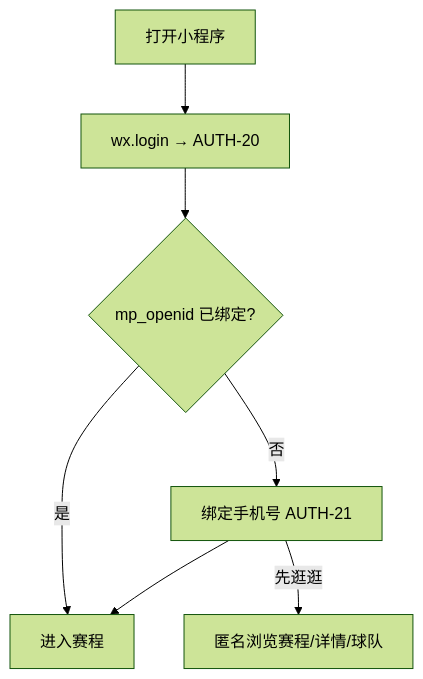
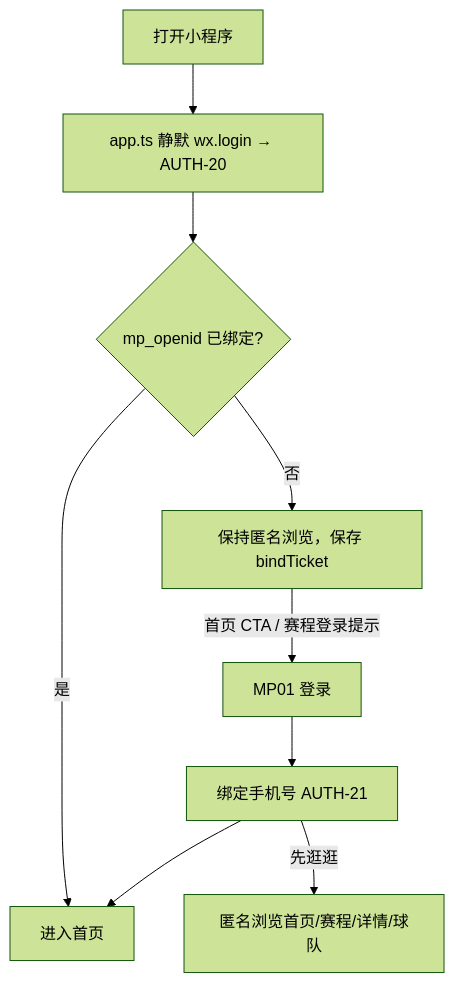
Before and after one commit to zhouyacheng/yunhefc: the fourth of 10 diagrams in docs/design/02.页面结构与交互设计.md, drawn with Mermaid (forest theme). The commit also changed other lines of this file and 28 other files, not shown here.

````diff
--- a/docs/design/02.页面结构与交互设计.md
+++ b/docs/design/02.页面结构与交互设计.md
@@ -517,8 +528,9 @@
 ```mermaid
 flowchart TD
-  M[打开小程序] --> N["wx.login → AUTH-20"]
+  M[打开小程序] --> N["app.ts 静默 wx.login → AUTH-20"]
   N --> O{mp_openid 已绑定?}
-  O -- 是 --> P[进入赛程]
-  O -- 否 --> Q[绑定手机号 AUTH-21] --> P
-  Q -- 先逛逛 --> R[匿名浏览赛程/详情/球队]
+  O -- 是 --> P[进入首页]
+  O -- 否 --> S[保持匿名浏览，保存 bindTicket]
+  S -- 首页 CTA / 赛程登录提示 --> T[MP01 登录] --> Q[绑定手机号 AUTH-21] --> P
+  Q -- 先逛逛 --> R[匿名浏览首页/赛程/详情/球队]
 ```
````
